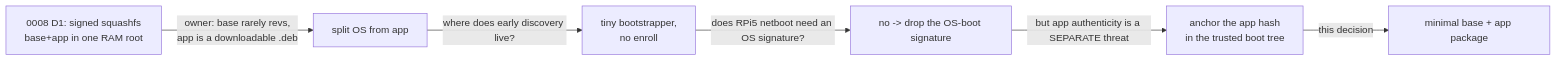
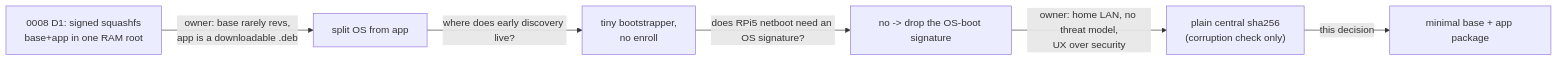
The fifth of 5 diagrams in docs/decisions/0009-minimal-base-and-app-package.md (mcurcio/photo-wall), drawn with Mermaid before and after one commit. The commit also changed other lines of this file, not shown here.

First line of the commit message:
docs: 0009 accepted — owner ruling (UX over security); gate #1 simplest; slice plan

````diff
--- a/docs/decisions/0009-minimal-base-and-app-package.md
+++ b/docs/decisions/0009-minimal-base-and-app-package.md
@@ -627,8 +595,8 @@
 ```mermaid
 graph LR
   a["0008 D1: signed squashfs<br/>base+app in one RAM root"] -->|"owner: base rarely revs,<br/>app is a downloadable .deb"| b["split OS from app"]
   b -->|"where does early discovery live?"| c["tiny bootstrapper,<br/>no enroll"]
   c -->|"does RPi5 netboot need an OS signature?"| d["no -> drop the OS-boot signature"]
-  d -->|"but app authenticity is a SEPARATE threat"| f["anchor the app hash<br/>in the trusted boot tree"]
+  d -->|"owner: home LAN, no threat model,<br/>UX over security"| f["plain central sha256<br/>(corruption check only)"]
   f -->|"this decision"| e["minimal base + app package"]
 ```
````
